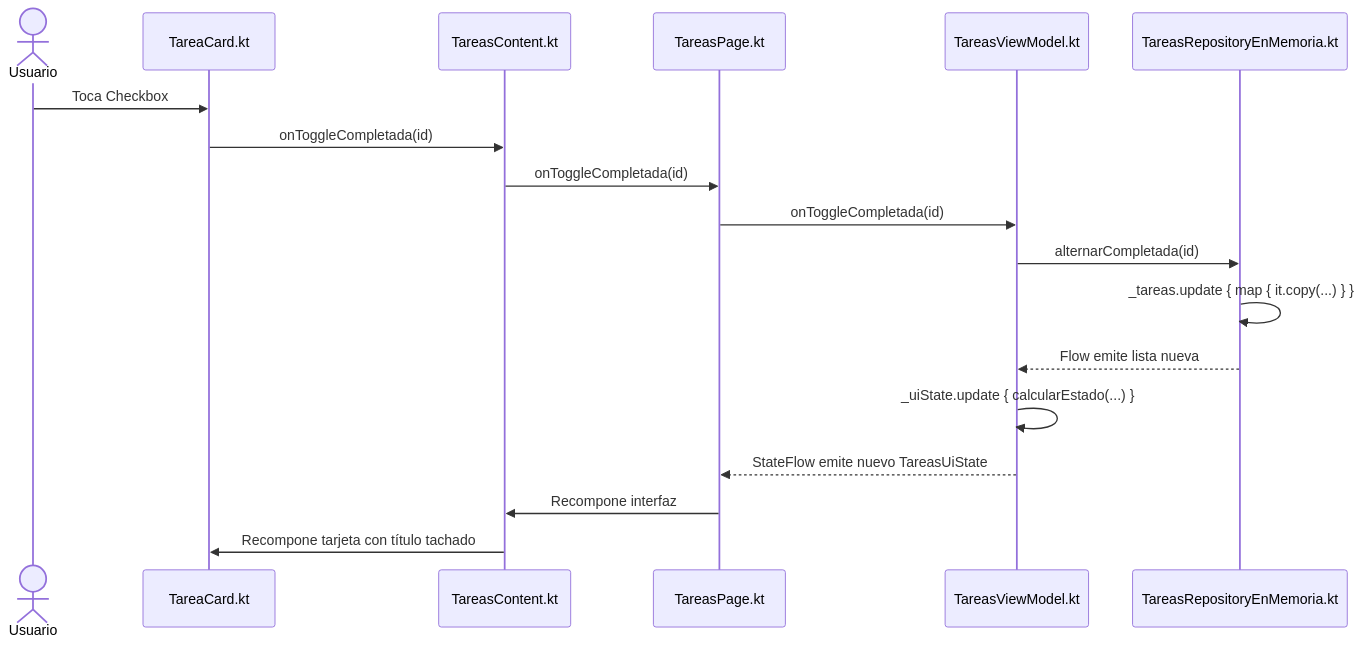
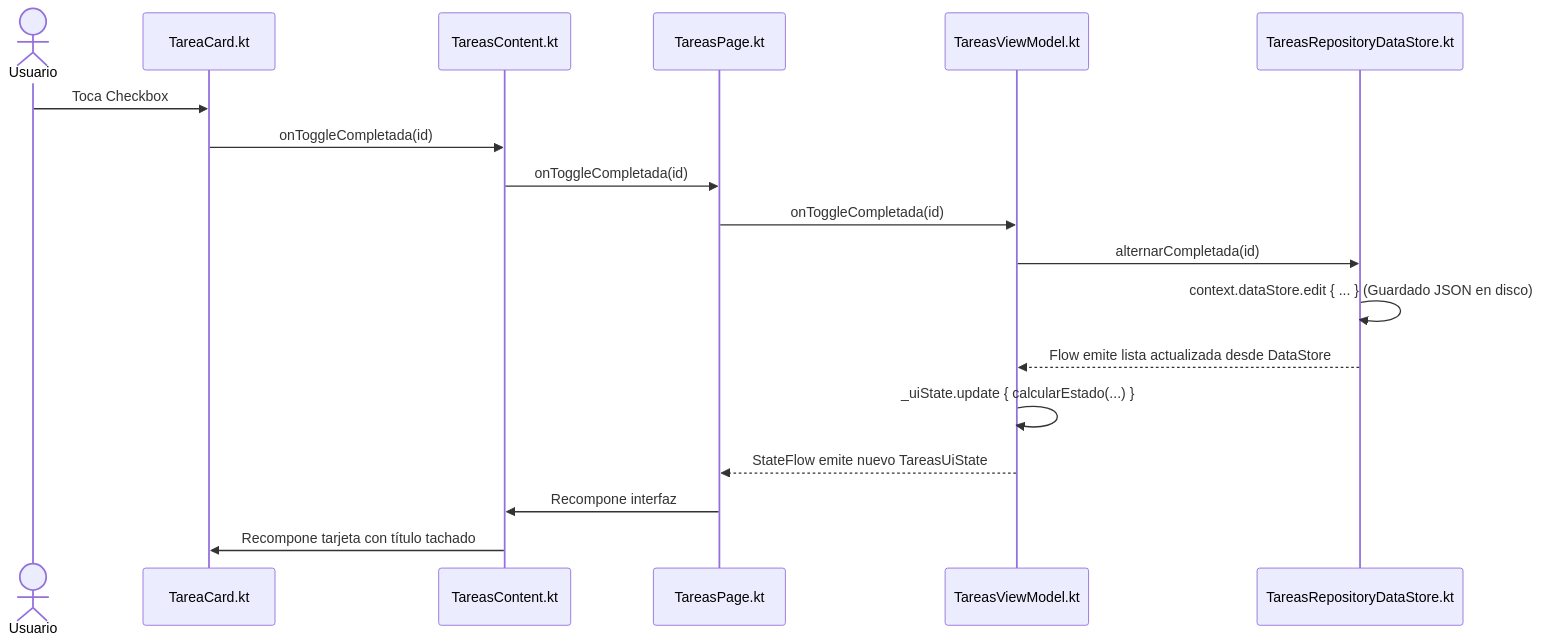
The third of 3 diagrams in GUIA_DEFENSA.md (R0D404/AppInteractiva), drawn with Mermaid before and after one commit. The commit also changed other lines of this file and 8 other files, not shown here.

Commit message:
final de DataStore

````diff
--- a/GUIA_DEFENSA.md
+++ b/GUIA_DEFENSA.md
@@ -410,21 +554,21 @@
 ```mermaid
 sequenceDiagram
     actor Usuario
     participant Card as TareaCard.kt
     participant Content as TareasContent.kt
     participant Page as TareasPage.kt
     participant VM as TareasViewModel.kt
-    participant Repo as TareasRepositoryEnMemoria.kt
+    participant Repo as TareasRepositoryDataStore.kt
     
     Usuario->>Card: Toca Checkbox
     Card->>Content: onToggleCompletada(id)
     Content->>Page: onToggleCompletada(id)
     Page->>VM: onToggleCompletada(id)
     VM->>Repo: alternarCompletada(id)
-    Repo->>Repo: _tareas.update { map { it.copy(...) } }
-    Repo-->>VM: Flow emite lista nueva
+    Repo->>Repo: context.dataStore.edit { ... } (Guardado JSON en disco)
+    Repo-->>VM: Flow emite lista actualizada desde DataStore
     VM->>VM: _uiState.update { calcularEstado(...) }
     VM-->>Page: StateFlow emite nuevo TareasUiState
     Page->>Content: Recompone interfaz
     Content->>Card: Recompone tarjeta con título tachado
 ```
````
